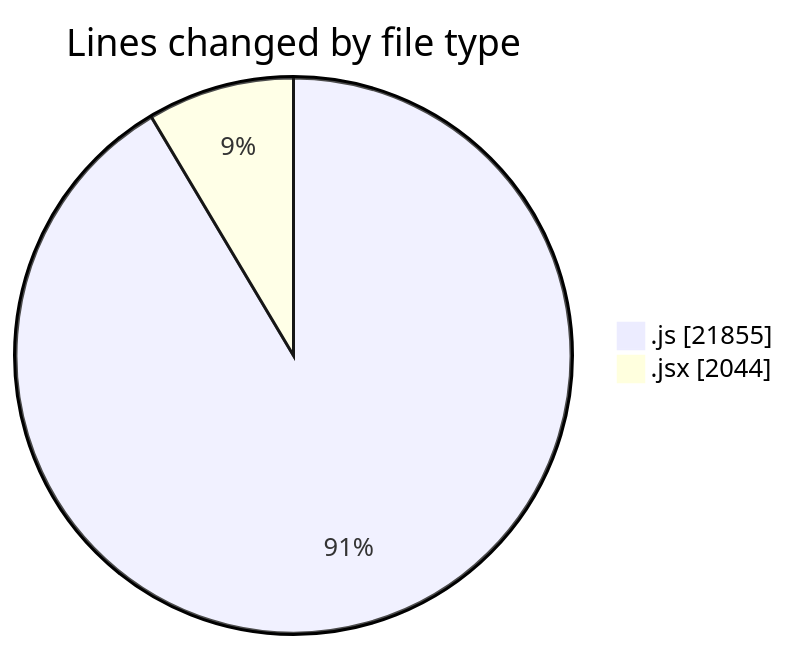
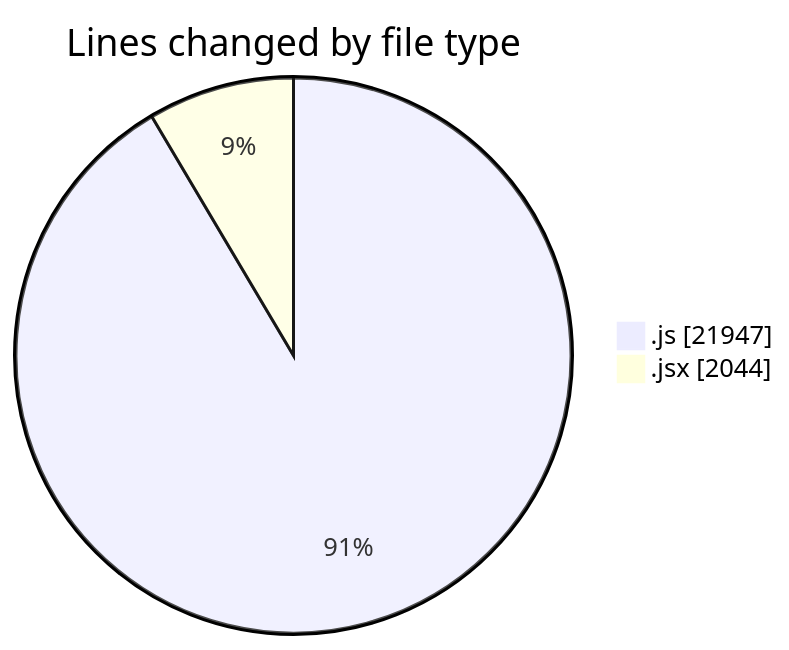
One commit to nxtqubesakshisongat/code-tracking changed the first of 2 diagrams in 2025-10-01/nxtqube_webapp/README.md. Above: the diagram before and after it, drawn with Mermaid. The commit also changed other lines of this file and 1 other file, not shown here.

````diff
--- a/2025-10-01/nxtqube_webapp/README.md
+++ b/2025-10-01/nxtqube_webapp/README.md
@@ -22,6 +22,6 @@
 ```mermaid
 pie showData
 title Lines changed by file type
-".js" : 21855
+".js" : 21947
 ".jsx" : 2044
 ```
````
